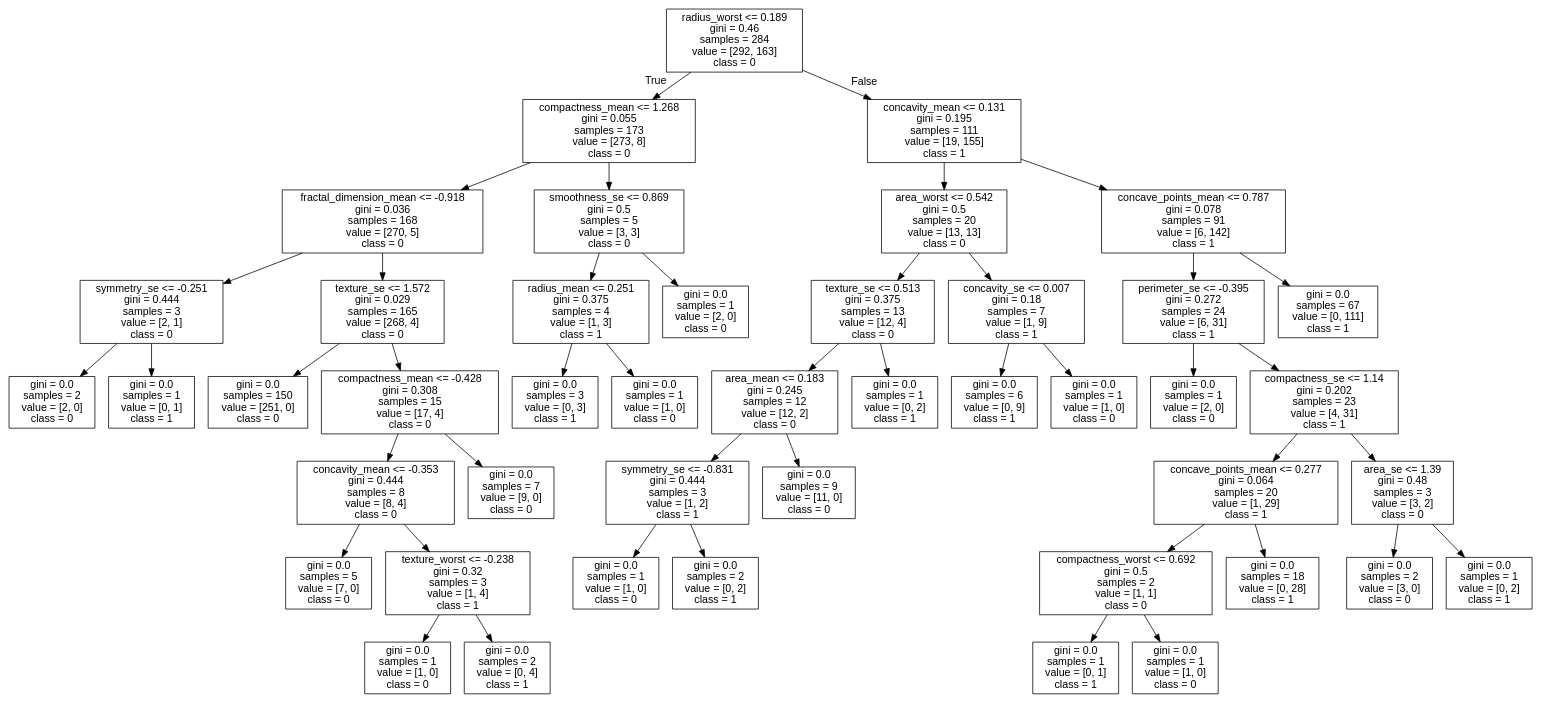
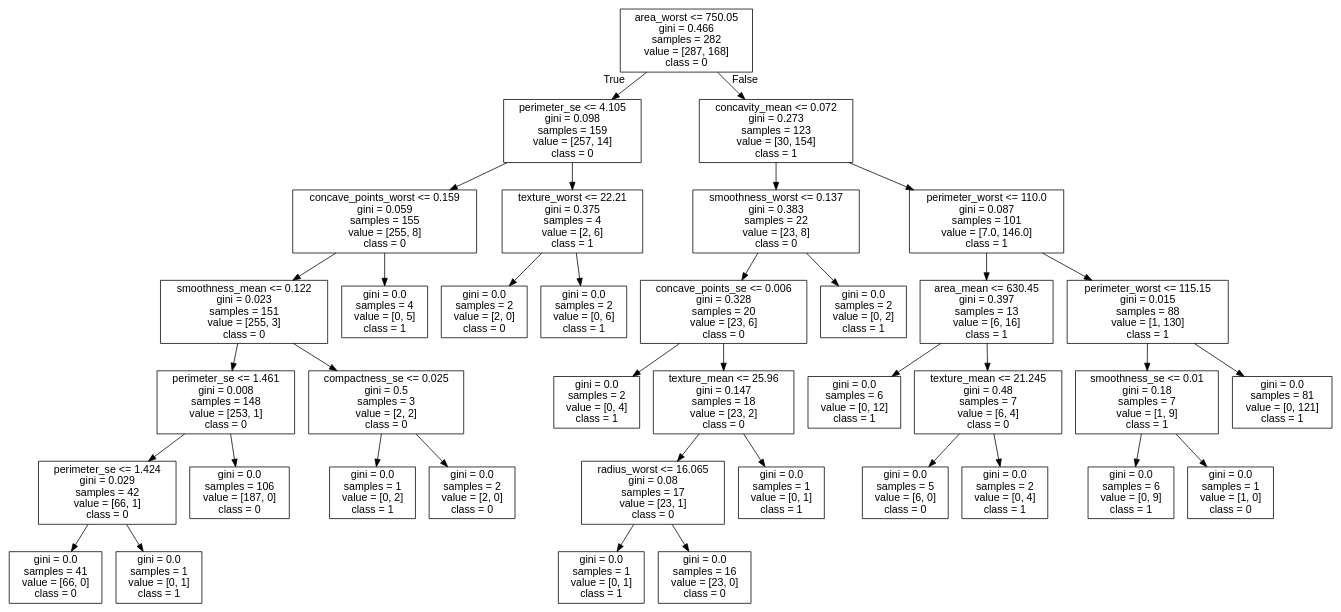
One commit to cyrilvincent/ML changed the diagram in data/breast-cancer/tree.dot. Above: the diagram before and after it, drawn with Graphviz. The commit also changed 6 other files, not shown here.

```diff
--- a/data/breast-cancer/tree.dot
+++ b/data/breast-cancer/tree.dot
@@ -1,93 +1,77 @@
 digraph Tree {
 node [shape=box, fontname="helvetica"] ;
 edge [fontname="helvetica"] ;
-0 [label="radius_worst <= 0.189\ngini = 0.46\nsamples = 284\nvalue = [292, 163]\nclass = 0"] ;
-1 [label="compactness_mean <= 1.268\ngini = 0.055\nsamples = 173\nvalue = [273, 8]\nclass = 0"] ;
+0 [label="area_worst <= 750.05\ngini = 0.466\nsamples = 282\nvalue = [287, 168]\nclass = 0"] ;
+1 [label="perimeter_se <= 4.105\ngini = 0.098\nsamples = 159\nvalue = [257, 14]\nclass = 0"] ;
 0 -> 1 [labeldistance=2.5, labelangle=45, headlabel="True"] ;
-2 [label="fractal_dimension_mean <= -0.918\ngini = 0.036\nsamples = 168\nvalue = [270, 5]\nclass = 0"] ;
+2 [label="concave_points_worst <= 0.159\ngini = 0.059\nsamples = 155\nvalue = [255, 8]\nclass = 0"] ;
 1 -> 2 ;
-3 [label="symmetry_se <= -0.251\ngini = 0.444\nsamples = 3\nvalue = [2, 1]\nclass = 0"] ;
+3 [label="smoothness_mean <= 0.122\ngini = 0.023\nsamples = 151\nvalue = [255, 3]\nclass = 0"] ;
 2 -> 3 ;
-4 [label="gini = 0.0\nsamples = 2\nvalue = [2, 0]\nclass = 0"] ;
+4 [label="perimeter_se <= 1.461\ngini = 0.008\nsamples = 148\nvalue = [253, 1]\nclass = 0"] ;
 3 -> 4 ;
-5 [label="gini = 0.0\nsamples = 1\nvalue = [0, 1]\nclass = 1"] ;
-3 -> 5 ;
-6 [label="texture_se <= 1.572\ngini = 0.029\nsamples = 165\nvalue = [268, 4]\nclass = 0"] ;
-2 -> 6 ;
-7 [label="gini = 0.0\nsamples = 150\nvalue = [251, 0]\nclass = 0"] ;
-6 -> 7 ;
-8 [label="compactness_mean <= -0.428\ngini = 0.308\nsamples = 15\nvalue = [17, 4]\nclass = 0"] ;
-6 -> 8 ;
-9 [label="concavity_mean <= -0.353\ngini = 0.444\nsamples = 8\nvalue = [8, 4]\nclass = 0"] ;
-8 -> 9 ;
-10 [label="gini = 0.0\nsamples = 5\nvalue = [7, 0]\nclass = 0"] ;
+5 [label="perimeter_se <= 1.424\ngini = 0.029\nsamples = 42\nvalue = [66, 1]\nclass = 0"] ;
+4 -> 5 ;
+6 [label="gini = 0.0\nsamples = 41\nvalue = [66, 0]\nclass = 0"] ;
+5 -> 6 ;
+7 [label="gini = 0.0\nsamples = 1\nvalue = [0, 1]\nclass = 1"] ;
+5 -> 7 ;
+8 [label="gini = 0.0\nsamples = 106\nvalue = [187, 0]\nclass = 0"] ;
+4 -> 8 ;
+9 [label="compactness_se <= 0.025\ngini = 0.5\nsamples = 3\nvalue = [2, 2]\nclass = 0"] ;
+3 -> 9 ;
+10 [label="gini = 0.0\nsamples = 1\nvalue = [0, 2]\nclass = 1"] ;
 9 -> 10 ;
-11 [label="texture_worst <= -0.238\ngini = 0.32\nsamples = 3\nvalue = [1, 4]\nclass = 1"] ;
+11 [label="gini = 0.0\nsamples = 2\nvalue = [2, 0]\nclass = 0"] ;
 9 -> 11 ;
-12 [label="gini = 0.0\nsamples = 1\nvalue = [1, 0]\nclass = 0"] ;
-11 -> 12 ;
-13 [label="gini = 0.0\nsamples = 2\nvalue = [0, 4]\nclass = 1"] ;
-11 -> 13 ;
-14 [label="gini = 0.0\nsamples = 7\nvalue = [9, 0]\nclass = 0"] ;
-8 -> 14 ;
-15 [label="smoothness_se <= 0.869\ngini = 0.5\nsamples = 5\nvalue = [3, 3]\nclass = 0"] ;
-1 -> 15 ;
-16 [label="radius_mean <= 0.251\ngini = 0.375\nsamples = 4\nvalue = [1, 3]\nclass = 1"] ;
-15 -> 16 ;
-17 [label="gini = 0.0\nsamples = 3\nvalue = [0, 3]\nclass = 1"] ;
+12 [label="gini = 0.0\nsamples = 4\nvalue = [0, 5]\nclass = 1"] ;
+2 -> 12 ;
+13 [label="texture_worst <= 22.21\ngini = 0.375\nsamples = 4\nvalue = [2, 6]\nclass = 1"] ;
+1 -> 13 ;
+14 [label="gini = 0.0\nsamples = 2\nvalue = [2, 0]\nclass = 0"] ;
+13 -> 14 ;
+15 [label="gini = 0.0\nsamples = 2\nvalue = [0, 6]\nclass = 1"] ;
+13 -> 15 ;
+16 [label="concavity_mean <= 0.072\ngini = 0.273\nsamples = 123\nvalue = [30, 154]\nclass = 1"] ;
+0 -> 16 [labeldistance=2.5, labelangle=-45, headlabel="False"] ;
+17 [label="smoothness_worst <= 0.137\ngini = 0.383\nsamples = 22\nvalue = [23, 8]\nclass = 0"] ;
 16 -> 17 ;
-18 [label="gini = 0.0\nsamples = 1\nvalue = [1, 0]\nclass = 0"] ;
-16 -> 18 ;
-19 [label="gini = 0.0\nsamples = 1\nvalue = [2, 0]\nclass = 0"] ;
-15 -> 19 ;
-20 [label="concavity_mean <= 0.131\ngini = 0.195\nsamples = 111\nvalue = [19, 155]\nclass = 1"] ;
-0 -> 20 [labeldistance=2.5, labelangle=-45, headlabel="False"] ;
-21 [label="area_worst <= 0.542\ngini = 0.5\nsamples = 20\nvalue = [13, 13]\nclass = 0"] ;
+18 [label="concave_points_se <= 0.006\ngini = 0.328\nsamples = 20\nvalue = [23, 6]\nclass = 0"] ;
+17 -> 18 ;
+19 [label="gini = 0.0\nsamples = 2\nvalue = [0, 4]\nclass = 1"] ;
+18 -> 19 ;
+20 [label="texture_mean <= 25.96\ngini = 0.147\nsamples = 18\nvalue = [23, 2]\nclass = 0"] ;
+18 -> 20 ;
+21 [label="radius_worst <= 16.065\ngini = 0.08\nsamples = 17\nvalue = [23, 1]\nclass = 0"] ;
 20 -> 21 ;
-22 [label="texture_se <= 0.513\ngini = 0.375\nsamples = 13\nvalue = [12, 4]\nclass = 0"] ;
+22 [label="gini = 0.0\nsamples = 1\nvalue = [0, 1]\nclass = 1"] ;
 21 -> 22 ;
-23 [label="area_mean <= 0.183\ngini = 0.245\nsamples = 12\nvalue = [12, 2]\nclass = 0"] ;
-22 -> 23 ;
-24 [label="symmetry_se <= -0.831\ngini = 0.444\nsamples = 3\nvalue = [1, 2]\nclass = 1"] ;
-23 -> 24 ;
-25 [label="gini = 0.0\nsamples = 1\nvalue = [1, 0]\nclass = 0"] ;
-24 -> 25 ;
-26 [label="gini = 0.0\nsamples = 2\nvalue = [0, 2]\nclass = 1"] ;
-24 -> 26 ;
-27 [label="gini = 0.0\nsamples = 9\nvalue = [11, 0]\nclass = 0"] ;
-23 -> 27 ;
-28 [label="gini = 0.0\nsamples = 1\nvalue = [0, 2]\nclass = 1"] ;
-22 -> 28 ;
-29 [label="concavity_se <= 0.007\ngini = 0.18\nsamples = 7\nvalue = [1, 9]\nclass = 1"] ;
-21 -> 29 ;
-30 [label="gini = 0.0\nsamples = 6\nvalue = [0, 9]\nclass = 1"] ;
+23 [label="gini = 0.0\nsamples = 16\nvalue = [23, 0]\nclass = 0"] ;
+21 -> 23 ;
+24 [label="gini = 0.0\nsamples = 1\nvalue = [0, 1]\nclass = 1"] ;
+20 -> 24 ;
+25 [label="gini = 0.0\nsamples = 2\nvalue = [0, 2]\nclass = 1"] ;
+17 -> 25 ;
+26 [label="perimeter_worst <= 110.0\ngini = 0.087\nsamples = 101\nvalue = [7.0, 146.0]\nclass = 1"] ;
+16 -> 26 ;
+27 [label="area_mean <= 630.45\ngini = 0.397\nsamples = 13\nvalue = [6, 16]\nclass = 1"] ;
+26 -> 27 ;
+28 [label="gini = 0.0\nsamples = 6\nvalue = [0, 12]\nclass = 1"] ;
+27 -> 28 ;
+29 [label="texture_mean <= 21.245\ngini = 0.48\nsamples = 7\nvalue = [6, 4]\nclass = 0"] ;
+27 -> 29 ;
+30 [label="gini = 0.0\nsamples = 5\nvalue = [6, 0]\nclass = 0"] ;
 29 -> 30 ;
-31 [label="gini = 0.0\nsamples = 1\nvalue = [1, 0]\nclass = 0"] ;
+31 [label="gini = 0.0\nsamples = 2\nvalue = [0, 4]\nclass = 1"] ;
 29 -> 31 ;
-32 [label="concave_points_mean <= 0.787\ngini = 0.078\nsamples = 91\nvalue = [6, 142]\nclass = 1"] ;
-20 -> 32 ;
-33 [label="perimeter_se <= -0.395\ngini = 0.272\nsamples = 24\nvalue = [6, 31]\nclass = 1"] ;
+32 [label="perimeter_worst <= 115.15\ngini = 0.015\nsamples = 88\nvalue = [1, 130]\nclass = 1"] ;
+26 -> 32 ;
+33 [label="smoothness_se <= 0.01\ngini = 0.18\nsamples = 7\nvalue = [1, 9]\nclass = 1"] ;
 32 -> 33 ;
-34 [label="gini = 0.0\nsamples = 1\nvalue = [2, 0]\nclass = 0"] ;
+34 [label="gini = 0.0\nsamples = 6\nvalue = [0, 9]\nclass = 1"] ;
 33 -> 34 ;
-35 [label="compactness_se <= 1.14\ngini = 0.202\nsamples = 23\nvalue = [4, 31]\nclass = 1"] ;
+35 [label="gini = 0.0\nsamples = 1\nvalue = [1, 0]\nclass = 0"] ;
 33 -> 35 ;
-36 [label="concave_points_mean <= 0.277\ngini = 0.064\nsamples = 20\nvalue = [1, 29]\nclass = 1"] ;
-35 -> 36 ;
-37 [label="compactness_worst <= 0.692\ngini = 0.5\nsamples = 2\nvalue = [1, 1]\nclass = 0"] ;
-36 -> 37 ;
-38 [label="gini = 0.0\nsamples = 1\nvalue = [0, 1]\nclass = 1"] ;
-37 -> 38 ;
-39 [label="gini = 0.0\nsamples = 1\nvalue = [1, 0]\nclass = 0"] ;
-37 -> 39 ;
-40 [label="gini = 0.0\nsamples = 18\nvalue = [0, 28]\nclass = 1"] ;
-36 -> 40 ;
-41 [label="area_se <= 1.39\ngini = 0.48\nsamples = 3\nvalue = [3, 2]\nclass = 0"] ;
-35 -> 41 ;
-42 [label="gini = 0.0\nsamples = 2\nvalue = [3, 0]\nclass = 0"] ;
-41 -> 42 ;
-43 [label="gini = 0.0\nsamples = 1\nvalue = [0, 2]\nclass = 1"] ;
-41 -> 43 ;
-44 [label="gini = 0.0\nsamples = 67\nvalue = [0, 111]\nclass = 1"] ;
-32 -> 44 ;
+36 [label="gini = 0.0\nsamples = 81\nvalue = [0, 121]\nclass = 1"] ;
+32 -> 36 ;
 }
```
